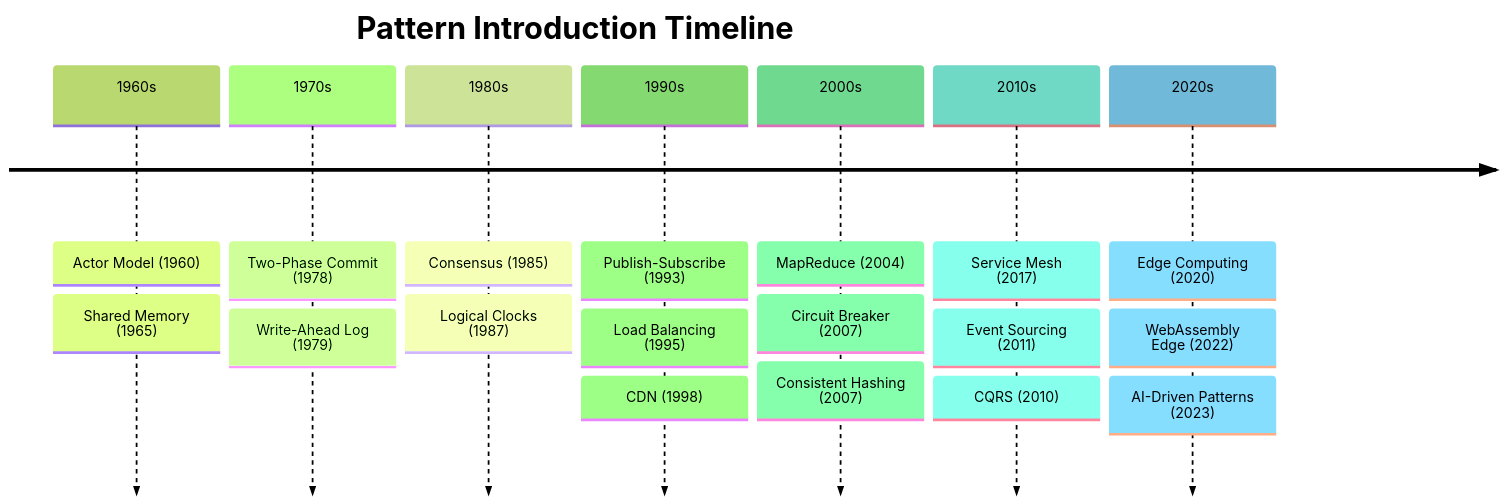
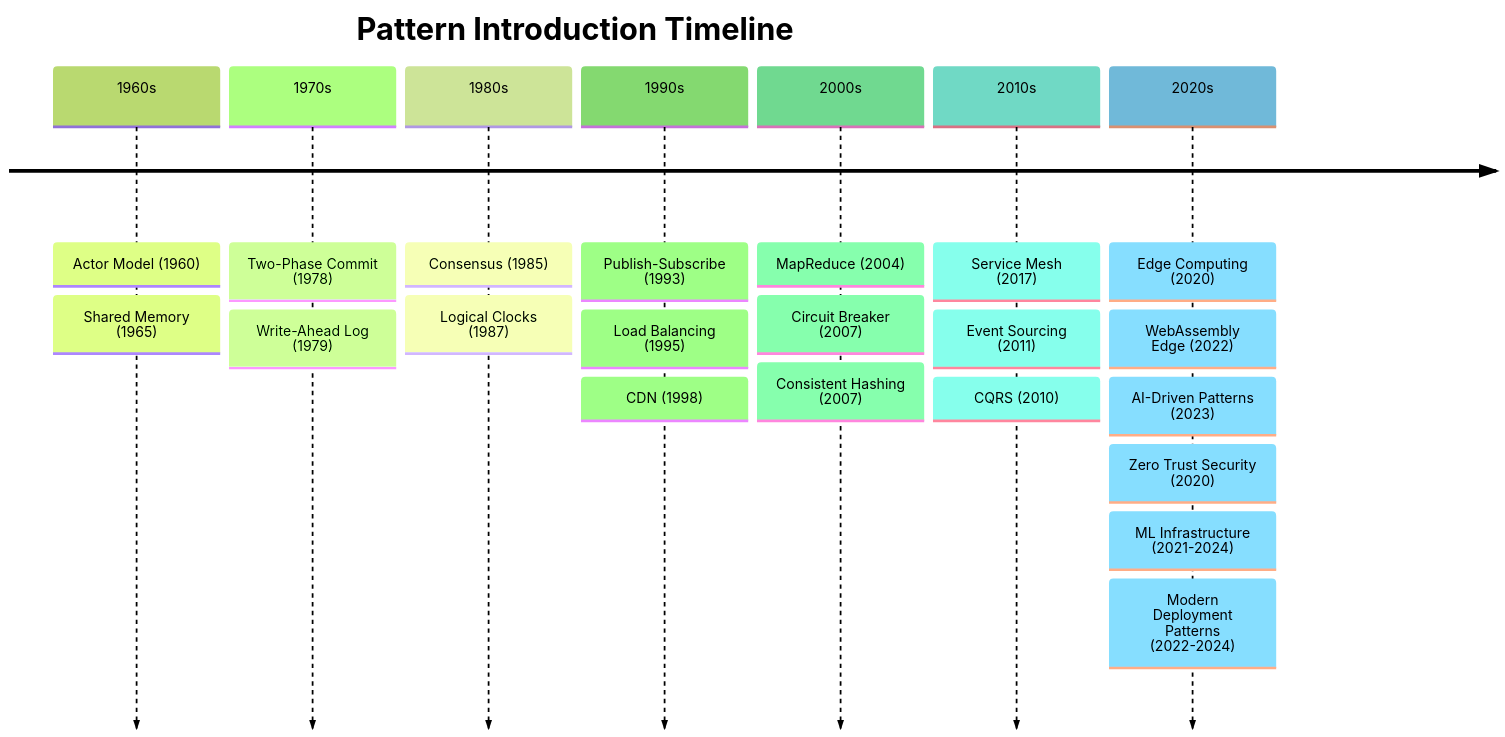
One commit to deepaucksharma/DStudio changed the third of 5 diagrams in docs/reference/pattern-meta-analysis.md. Above: the diagram before and after it, drawn with Mermaid (forest theme). The commit also changed other lines of this file and 186 other files, not shown here.

````diff
--- a/docs/reference/pattern-meta-analysis.md
+++ b/docs/reference/pattern-meta-analysis.md
@@ -97,29 +103,32 @@
 ```mermaid
 timeline
     title Pattern Introduction Timeline
     
     1960s : Actor Model (1960)
           : Shared Memory (1965)
     
     1970s : Two-Phase Commit (1978)
           : Write-Ahead Log (1979)
     
     1980s : Consensus (1985)
           : Logical Clocks (1987)
     
     1990s : Publish-Subscribe (1993)
           : Load Balancing (1995)
           : CDN (1998)
     
     2000s : MapReduce (2004)
           : Circuit Breaker (2007)
           : Consistent Hashing (2007)
     
     2010s : Service Mesh (2017)
           : Event Sourcing (2011)
           : CQRS (2010)
     
     2020s : Edge Computing (2020)
           : WebAssembly Edge (2022)
           : AI-Driven Patterns (2023)
+          : Zero Trust Security (2020)
+          : ML Infrastructure (2021-2024)
+          : Modern Deployment Patterns (2022-2024)
 ```
````
